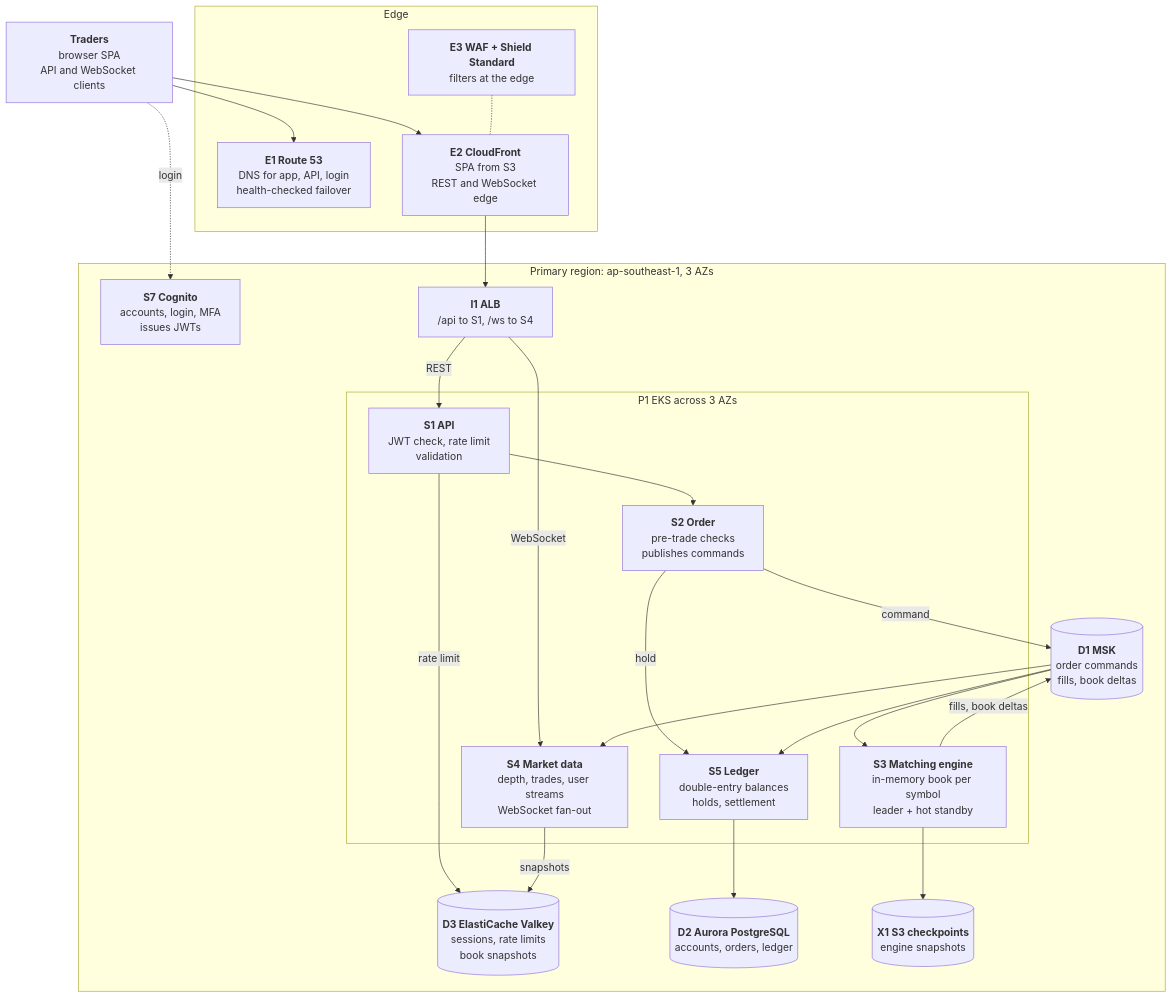
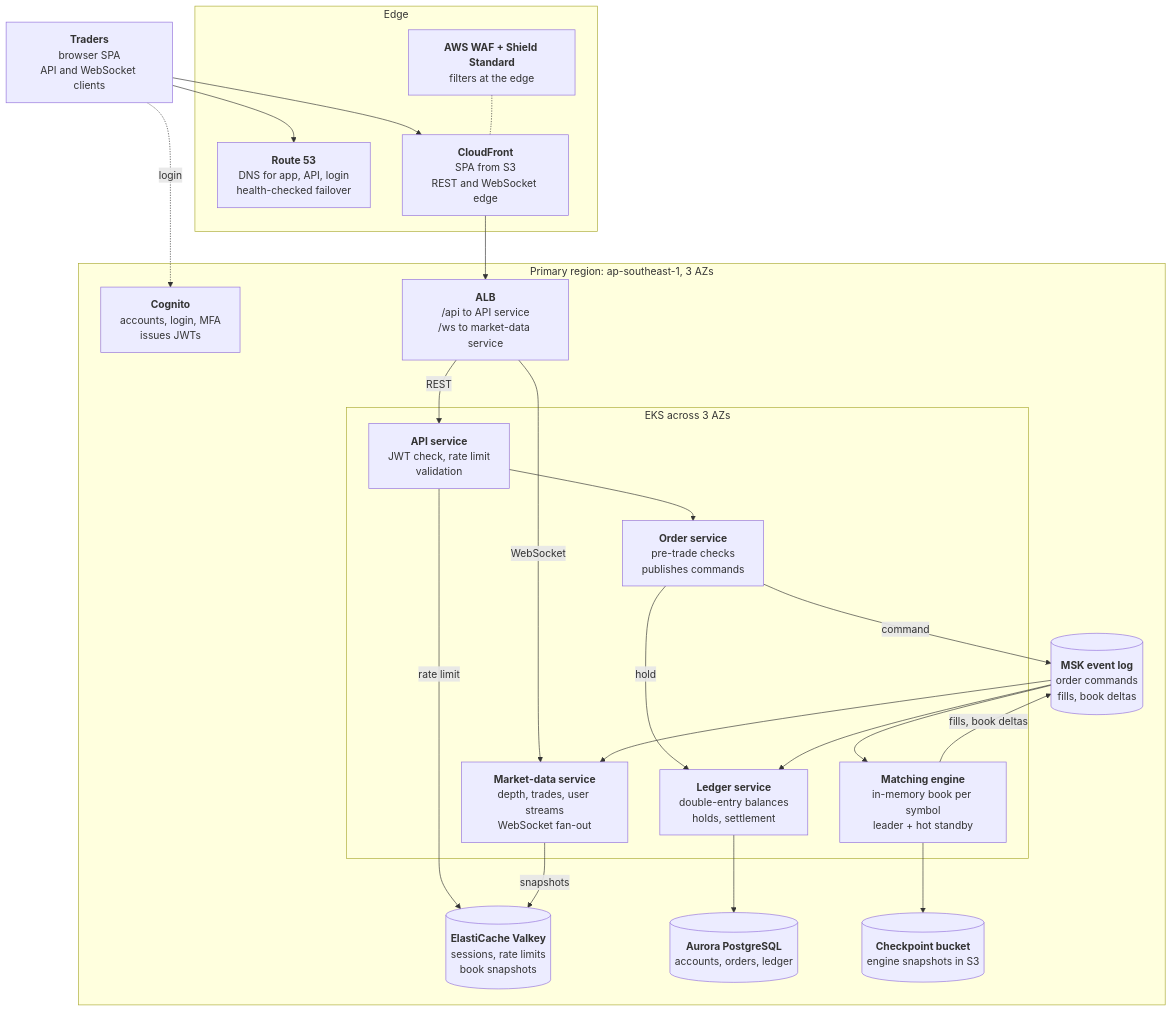
Before and after one commit to ndmquan-git/devops-challenge-ndmquan: the first of 4 diagrams in src/problem1/SOLUTION.md, drawn with Mermaid. The commit also changed other lines of this file and 4 other files, not shown here.

````diff
--- a/src/problem1/SOLUTION.md
+++ b/src/problem1/SOLUTION.md
@@ -82,68 +82,69 @@
 ```mermaid
 flowchart TB
   user["`**Traders**
 browser SPA
 API and WebSocket clients`"]
   subgraph edge["Edge"]
-    E1["`**E1 Route 53**
+    dns["`**Route 53**
 DNS for app, API, login
 health-checked failover`"]
-    E2["`**E2 CloudFront**
+    cdn["`**CloudFront**
 SPA from S3
 REST and WebSocket edge`"]
-    E3["`**E3 WAF + Shield Standard**
+    waf["`**AWS WAF + Shield Standard**
 filters at the edge`"]
   end
   subgraph region["Primary region: ap-southeast-1, 3 AZs"]
-    S7["`**S7 Cognito**
+    cognito["`**Cognito**
 accounts, login, MFA
 issues JWTs`"]
-    I1["`**I1 ALB**
-/api to S1, /ws to S4`"]
-    subgraph eks["P1 EKS across 3 AZs"]
-      S1["`**S1 API**
+    alb["`**ALB**
+/api to API service
+/ws to market-data service`"]
+    subgraph eks["EKS across 3 AZs"]
+      api["`**API service**
 JWT check, rate limit
 validation`"]
-      S2["`**S2 Order**
+      order["`**Order service**
 pre-trade checks
 publishes commands`"]
-      S5["`**S5 Ledger**
+      ledger["`**Ledger service**
 double-entry balances
 holds, settlement`"]
-      S3["`**S3 Matching engine**
+      engine["`**Matching engine**
 in-memory book per symbol
 leader + hot standby`"]
-      S4["`**S4 Market data**
+      md["`**Market-data service**
 depth, trades, user streams
 WebSocket fan-out`"]
     end
-    D3[("`**D3 ElastiCache Valkey**
+    valkey[("`**ElastiCache Valkey**
 sessions, rate limits
 book snapshots`")]
-    D2[("`**D2 Aurora PostgreSQL**
+    aurora[("`**Aurora PostgreSQL**
 accounts, orders, ledger`")]
-    D1[("`**D1 MSK**
+    msk[("`**MSK event log**
 order commands
 fills, book deltas`")]
-    X1[("`**X1 S3 checkpoints**
-engine snapshots`")]
+    ckpt[("`**Checkpoint bucket**
+engine snapshots in S3`")]
   end
-  user --> E1
-  user --> E2
-  E3 -.- E2
-  user -. login .-> S7
-  E2 --> I1
-  I1 -- REST --> S1
-  I1 -- WebSocket --> S4
-  S1 -- rate limit --> D3
-  S1 --> S2
-  S2 -- hold --> S5
-  S5 --> D2
-  S2 -- command --> D1
-  D1 --> S3
-  S3 -- fills, book deltas --> D1
-  S3 --> X1
-  D1 --> S5
-  D1 --> S4
-  S4 -- snapshots --> D3
+  user --> dns
+  user --> cdn
+  waf -.- cdn
+  user -. login .-> cognito
+  cdn --> alb
+  alb -- REST --> api
+  alb -- WebSocket --> md
+  api -- rate limit --> valkey
+  api --> order
+  order -- hold --> ledger
+  ledger --> aurora
+  order -- command --> msk
+  msk --> engine
+  engine -- fills, book deltas --> msk
+  engine --> ckpt
+  msk --> ledger
+  msk --> md
+  md -- snapshots --> valkey
 ```
````
